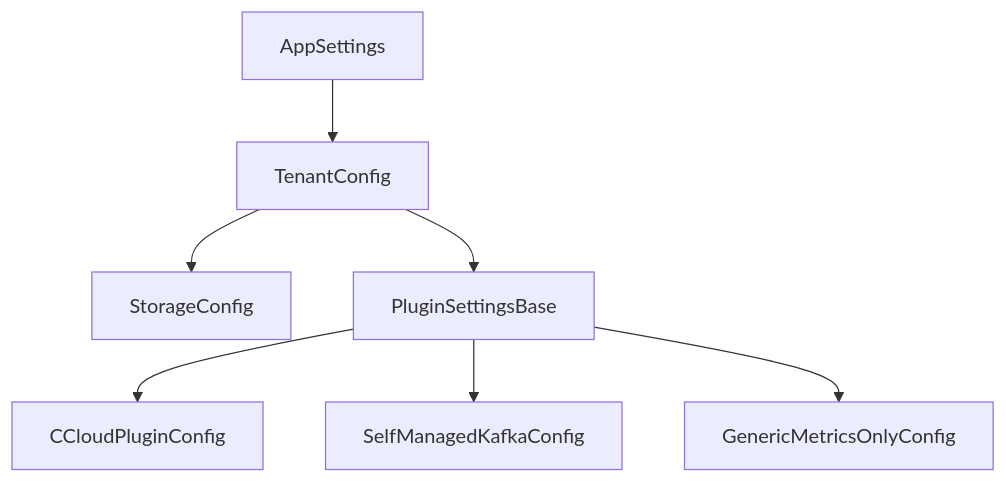
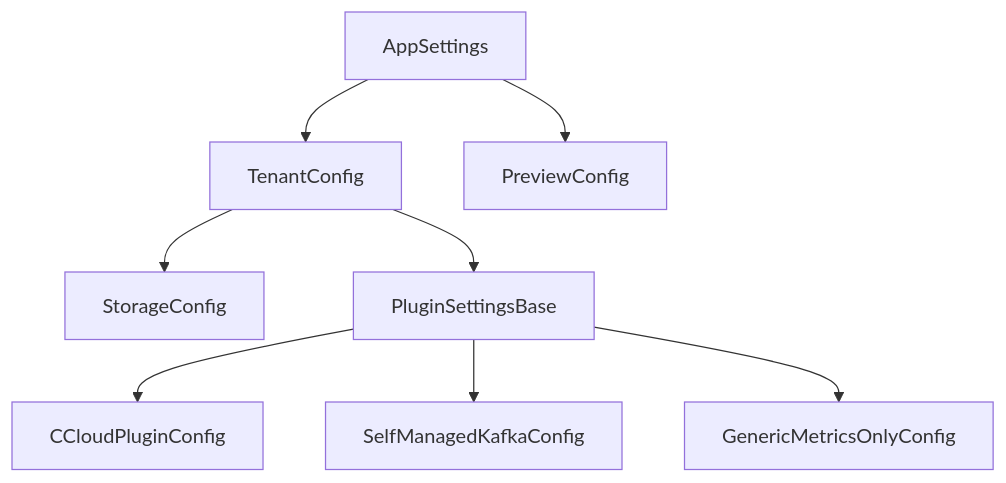
Before and after one commit to waliaabhishek/chitragupta: the diagram in docs/configuration/index.md, drawn with Mermaid. The commit also changed other lines of this file and 64 other files, not shown here.

````diff
--- a/docs/configuration/index.md
+++ b/docs/configuration/index.md
@@ -13,9 +13,10 @@
 ```mermaid
 graph TD
     A[AppSettings] --> B[TenantConfig]
+    A --> P[PreviewConfig]
     B --> C[StorageConfig]
     B --> D[PluginSettingsBase]
     D --> E[CCloudPluginConfig]
     D --> F[SelfManagedKafkaConfig]
     D --> G[GenericMetricsOnlyConfig]
 ```
````
